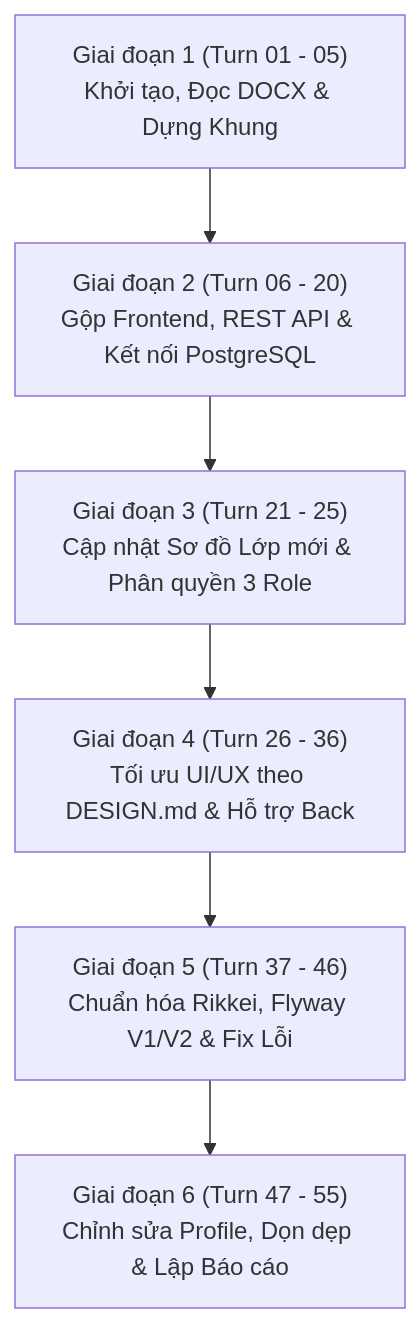
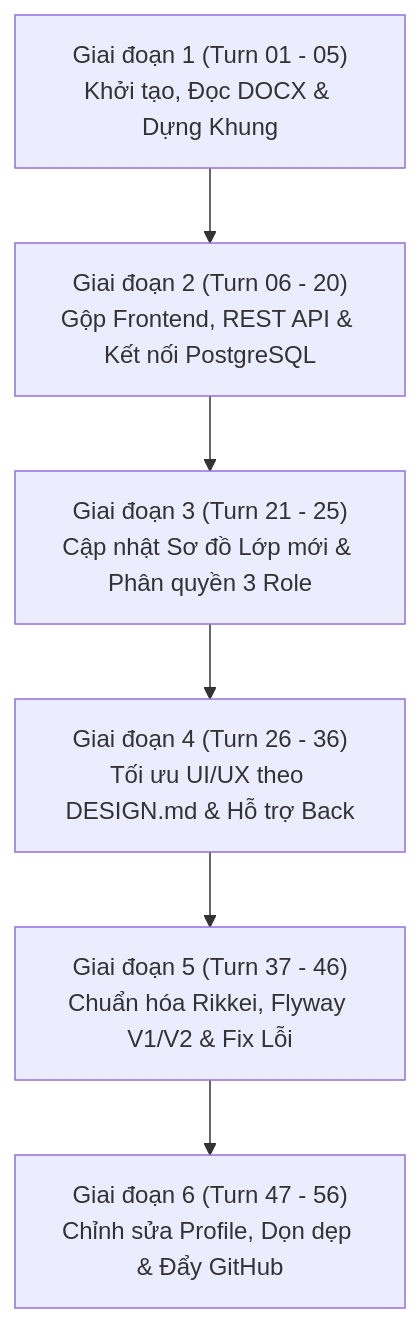
Before and after one commit to dth251/medCare: the diagram in BAO_CAO_LOG_PROMPT.md, drawn with Mermaid. The commit also changed other lines of this file and 1 other file, not shown here.

Commit message:
docs: cap nhat nhat ky prompt Turn 56 day GitHub

````diff
--- a/BAO_CAO_LOG_PROMPT.md
+++ b/BAO_CAO_LOG_PROMPT.md
@@ -22,8 +22,8 @@
 ```mermaid
 flowchart TD
     G1["Giai đoạn 1 (Turn 01 - 05)<br/>Khởi tạo, Đọc DOCX & Dựng Khung"] --> G2["Giai đoạn 2 (Turn 06 - 20)<br/>Gộp Frontend, REST API & Kết nối PostgreSQL"]
     G2 --> G3["Giai đoạn 3 (Turn 21 - 25)<br/>Cập nhật Sơ đồ Lớp mới & Phân quyền 3 Role"]
     G3 --> G4["Giai đoạn 4 (Turn 26 - 36)<br/>Tối ưu UI/UX theo DESIGN.md & Hỗ trợ Back"]
     G4 --> G5["Giai đoạn 5 (Turn 37 - 46)<br/>Chuẩn hóa Rikkei, Flyway V1/V2 & Fix Lỗi"]
-    G5 --> G6["Giai đoạn 6 (Turn 47 - 55)<br/>Chỉnh sửa Profile, Dọn dẹp & Lập Báo cáo"]
+    G5 --> G6["Giai đoạn 6 (Turn 47 - 56)<br/>Chỉnh sửa Profile, Dọn dẹp & Đẩy GitHub"]
 ```
````
